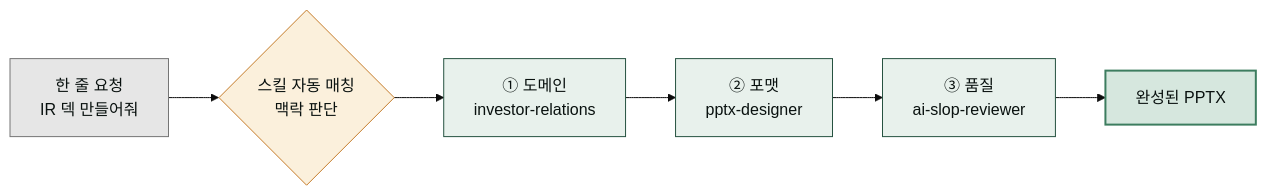
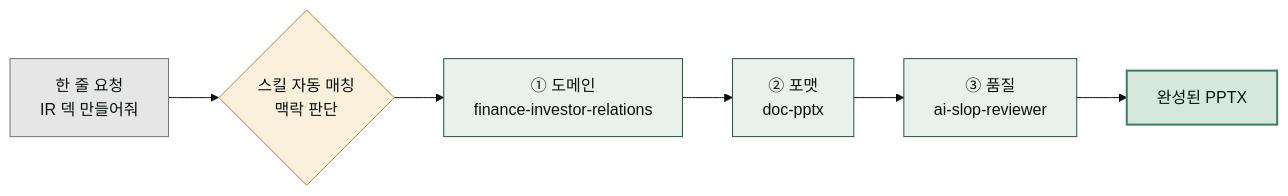
The fifth of 5 diagrams in www/content/getting-started/quick-start.md (modu-ai/cowork-plugins), drawn with Mermaid (base theme) before and after one commit. The commit also changed other lines of this file and 45 other files, not shown here.

First line of the commit message:
docs(www): 스킬명 정합 + 깨진 링크 수정 + mermaid 보강

````diff
--- a/www/content/getting-started/quick-start.md
+++ b/www/content/getting-started/quick-start.md
@@ -200,15 +200,15 @@
 ```mermaid
 flowchart LR
    O["한 줄 요청<br/>IR 덱 만들어줘"] --> R{"스킬 자동 매칭<br/>맥락 판단"}
-   R --> S1["① 도메인<br/>investor-relations"]
-   S1 --> S2["② 포맷<br/>pptx-designer"]
+   R --> S1["① 도메인<br/>finance-investor-relations"]
+   S1 --> S2["② 포맷<br/>doc-pptx"]
    S2 --> S3["③ 품질<br/>ai-slop-reviewer"]
    S3 --> P["완성된 PPTX"]
 
    style O fill:#e6e6e6,stroke:#757575,color:#09110f
    style R fill:#fbf0dc,stroke:#c47b2a,color:#09110f
    style S1 fill:#e8f1ec,stroke:#265240,color:#09110f
    style S2 fill:#e8f1ec,stroke:#265240,color:#09110f
    style S3 fill:#e8f1ec,stroke:#265240,color:#09110f
    style P fill:#d6e7de,stroke:#3d7d5f,stroke-width:2px,color:#09110f
 ```
````
